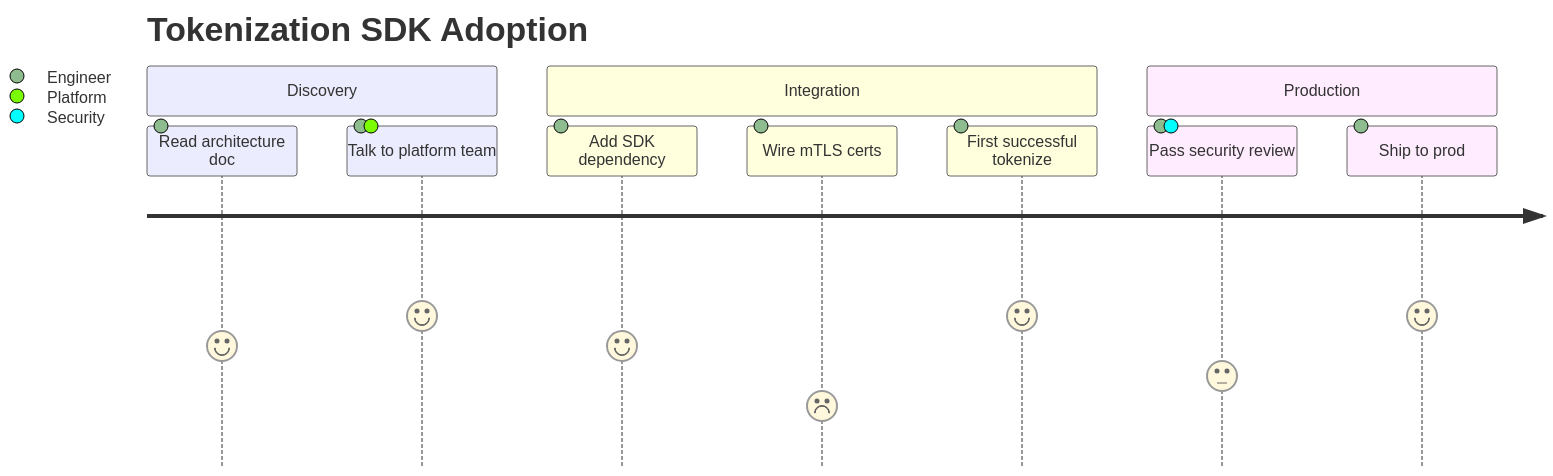
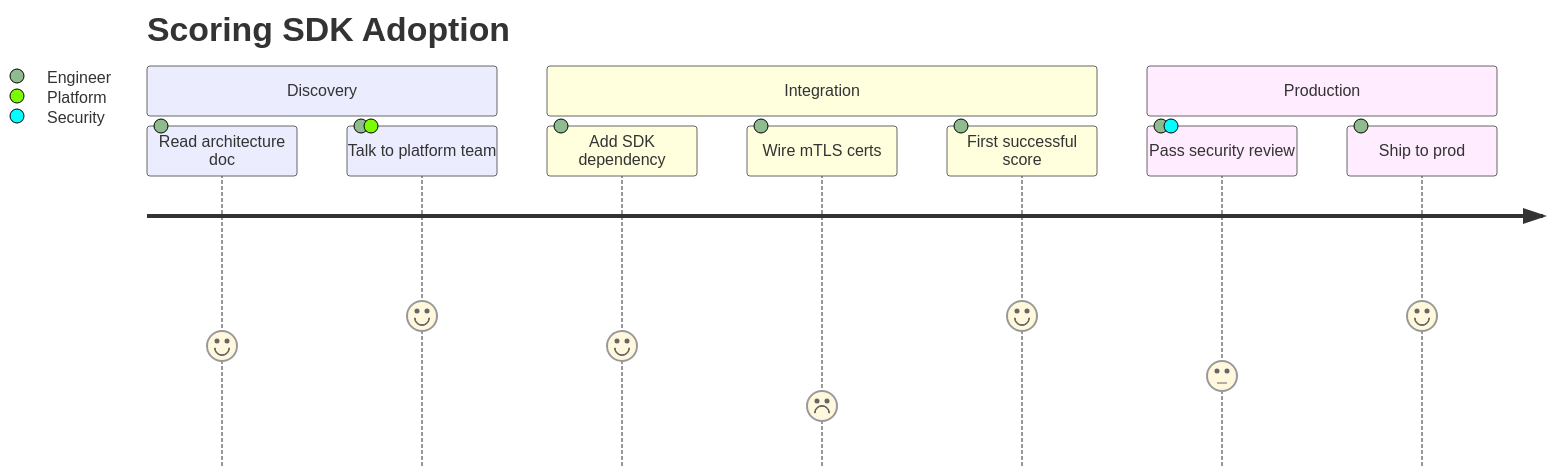
The sixth of 25 diagrams in lib/components/diagram/diagram/diagram.gallery.md (SlideWright/lattice), drawn with Mermaid before and after one commit. The commit also changed other lines of this file and 4 other files, not shown here.

First line of the commit message:
content: re-theme the diagram + baseline showcase decks off codebook

````diff
--- a/lib/components/diagram/diagram/diagram.gallery.md
+++ b/lib/components/diagram/diagram/diagram.gallery.md
@@ -201,14 +201,14 @@
 ```mermaid
 journey
-  title Tokenization SDK Adoption
+  title Scoring SDK Adoption
   section Discovery
     Read architecture doc: 4: Engineer
     Talk to platform team: 5: Engineer, Platform
   section Integration
     Add SDK dependency: 4: Engineer
     Wire mTLS certs: 2: Engineer
-    First successful tokenize: 5: Engineer
+    First successful score: 5: Engineer
   section Production
     Pass security review: 3: Engineer, Security
     Ship to prod: 5: Engineer
 ```
````
